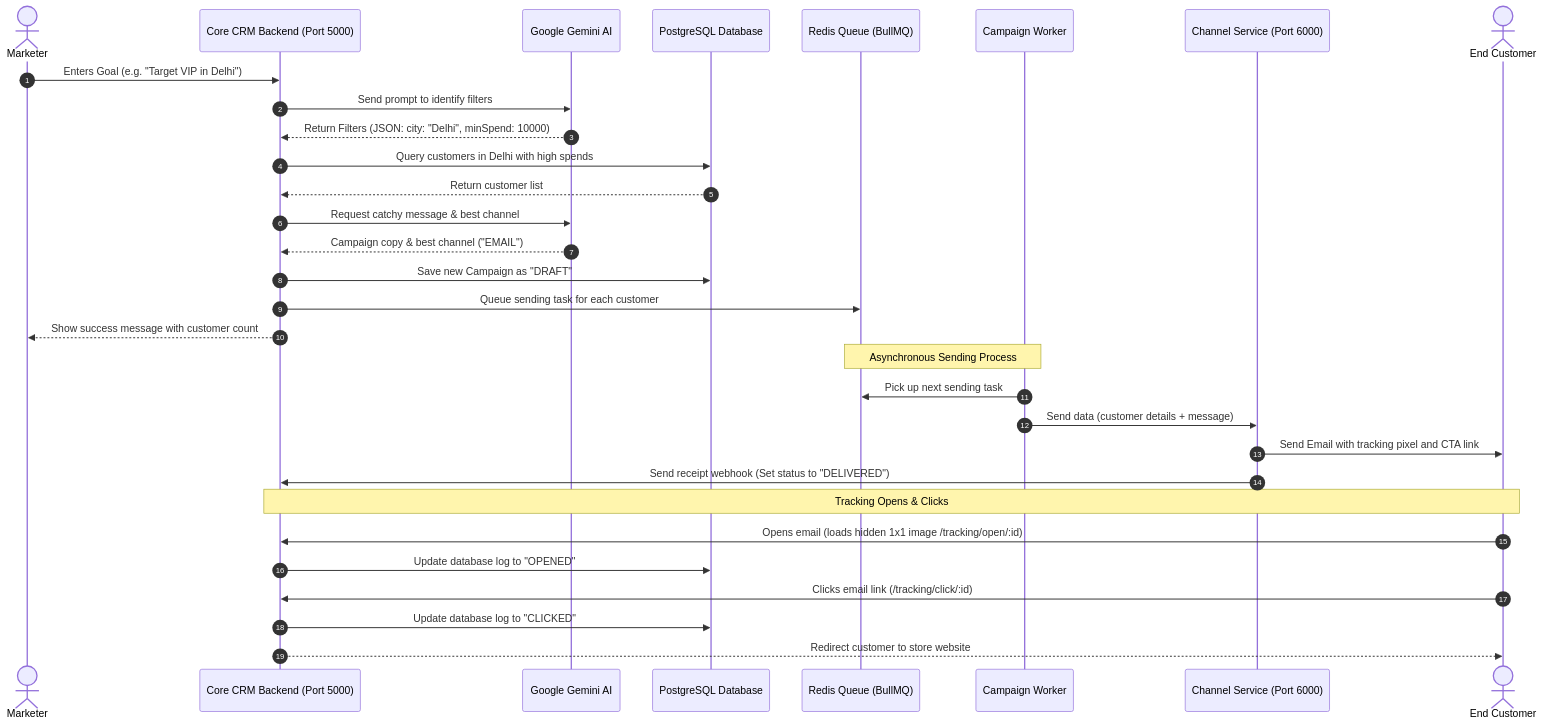
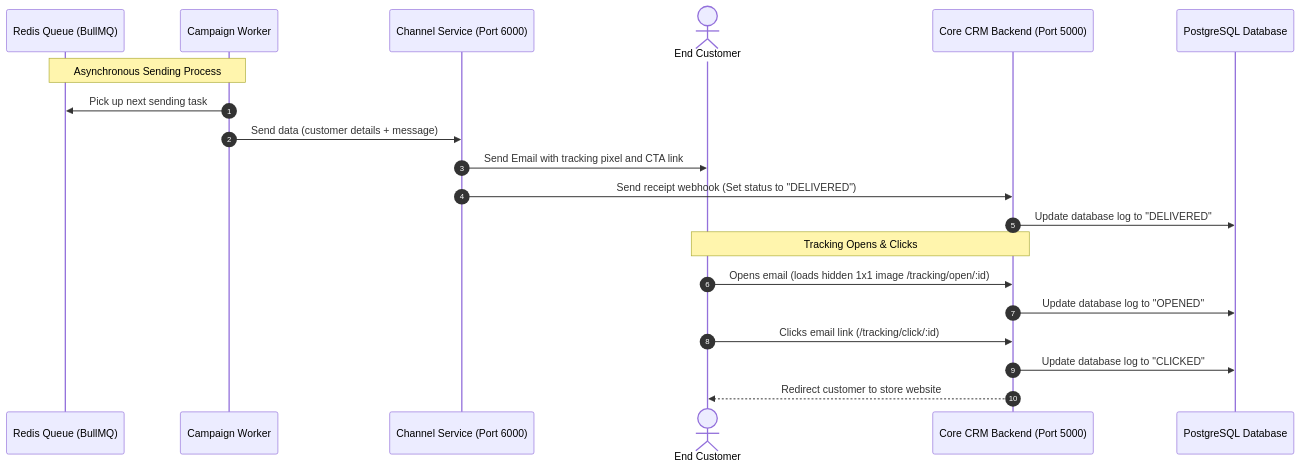
One commit to Tarunpathak001/EngageOS changed the second of 3 diagrams in README.md. Above: the diagram before and after it, drawn with Mermaid. The commit also changed other lines of this file, not shown here.

Commit message:
docs: split backend workflow diagram into planning and dispatching phases for improved readability

````diff
--- a/README.md
+++ b/README.md
@@ -171,38 +199,24 @@
 ```mermaid
 sequenceDiagram
     autonumber
-    actor User as Marketer
-    participant Backend as Core CRM Backend (Port 5000)
-    participant Gemini as Google Gemini AI
-    participant DB as PostgreSQL Database
     participant Redis as Redis Queue (BullMQ)
     participant Worker as Campaign Worker
     participant Channel as Channel Service (Port 6000)
     actor Cust as End Customer
+    participant Backend as Core CRM Backend (Port 5000)
+    participant DB as PostgreSQL Database
 
-    User->>Backend: Enters Goal (e.g. "Target VIP in Delhi")
-    Backend->>Gemini: Send prompt to identify filters
-    Gemini-->>Backend: Return Filters (JSON: city: "Delhi", minSpend: 10000)
-    Backend->>DB: Query customers in Delhi with high spends
-    DB-->>Backend: Return customer list
-    Backend->>Gemini: Request catchy message & best channel
-    Gemini-->>Backend: Campaign copy & best channel ("EMAIL")
-    Backend->>DB: Save new Campaign as "DRAFT"
-    Backend->>Redis: Queue sending task for each customer
-    Backend-->>User: Show success message with customer count
-    
     Note over Worker, Redis: Asynchronous Sending Process
-    
     Worker->>Redis: Pick up next sending task
     Worker->>Channel: Send data (customer details + message)
     Channel->>Cust: Send Email with tracking pixel and CTA link
     Channel->>Backend: Send receipt webhook (Set status to "DELIVERED")
+    Backend->>DB: Update database log to "DELIVERED"
     
     Note over Cust, Backend: Tracking Opens & Clicks
-    
     Cust->>Backend: Opens email (loads hidden 1x1 image /tracking/open/:id)
     Backend->>DB: Update database log to "OPENED"
     Cust->>Backend: Clicks email link (/tracking/click/:id)
     Backend->>DB: Update database log to "CLICKED"
     Backend-->>Cust: Redirect customer to store website
 ```
````
